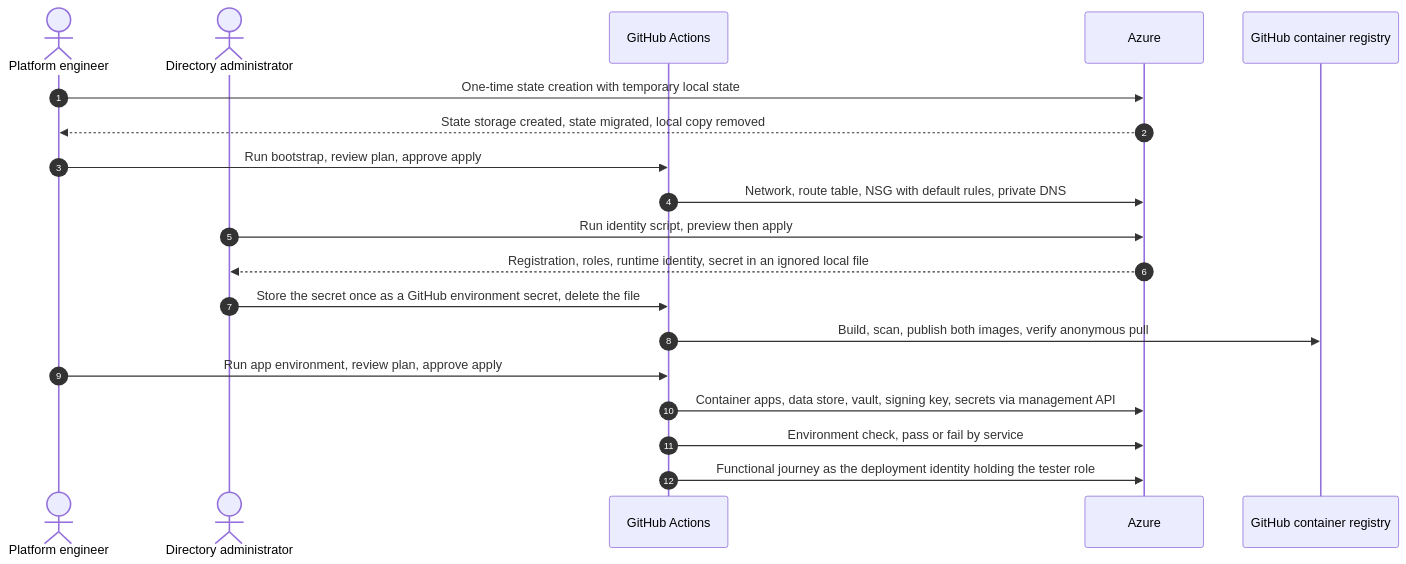
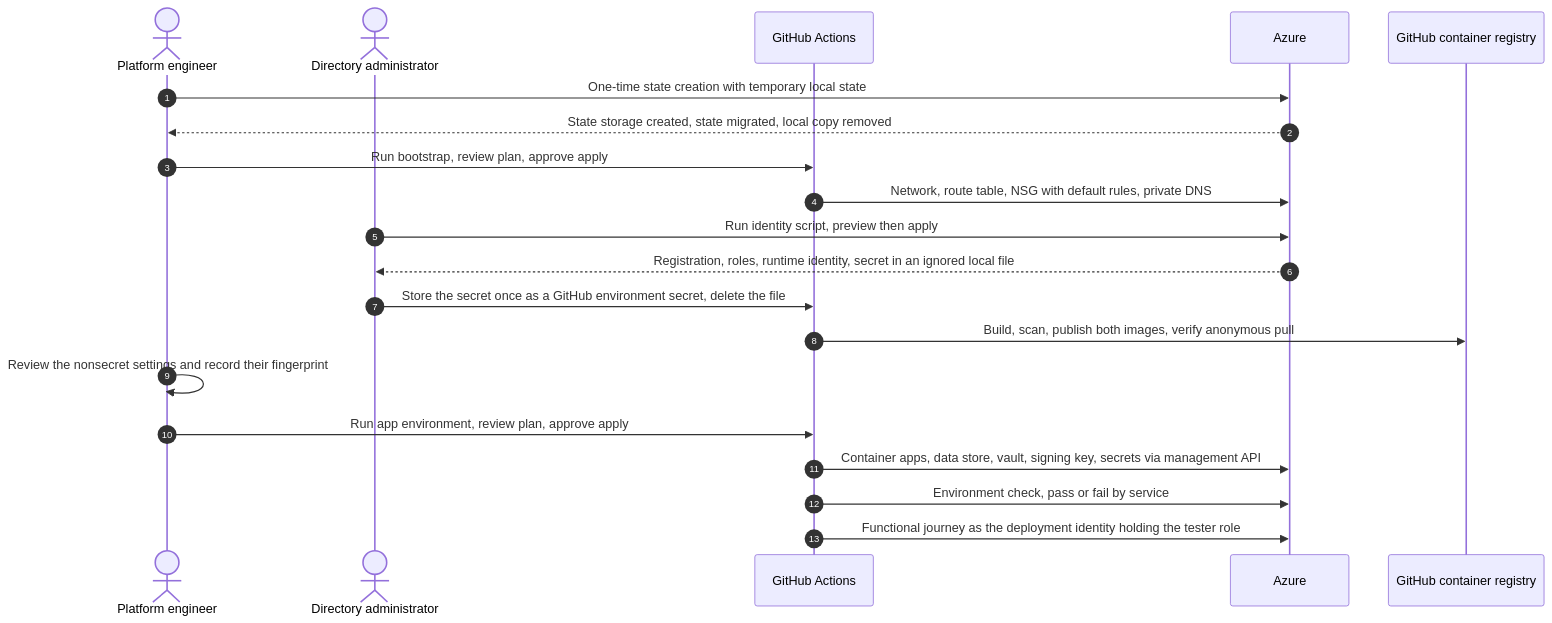
Before and after one commit to marvinbuss/caller-ai: the first of 3 diagrams in docs/environments.md, drawn with Mermaid. The commit also changed other lines of this file and 6 other files, not shown here.

````diff
--- a/docs/environments.md
+++ b/docs/environments.md
@@ -46,22 +46,23 @@
 ```mermaid
 sequenceDiagram
     autonumber
     actor Eng as Platform engineer
     actor Adm as Directory administrator
     participant GH as GitHub Actions
     participant Az as Azure
     participant GHCR as GitHub container registry
 
     Eng->>Az: One-time state creation with temporary local state
     Az-->>Eng: State storage created, state migrated, local copy removed
     Eng->>GH: Run bootstrap, review plan, approve apply
     GH->>Az: Network, route table, NSG with default rules, private DNS
     Adm->>Az: Run identity script, preview then apply
     Az-->>Adm: Registration, roles, runtime identity, secret in an ignored local file
     Adm->>GH: Store the secret once as a GitHub environment secret, delete the file
     GH->>GHCR: Build, scan, publish both images, verify anonymous pull
+    Eng->>Eng: Review the nonsecret settings and record their fingerprint
     Eng->>GH: Run app environment, review plan, approve apply
     GH->>Az: Container apps, data store, vault, signing key, secrets via management API
     GH->>Az: Environment check, pass or fail by service
     GH->>Az: Functional journey as the deployment identity holding the tester role
 ```
````
